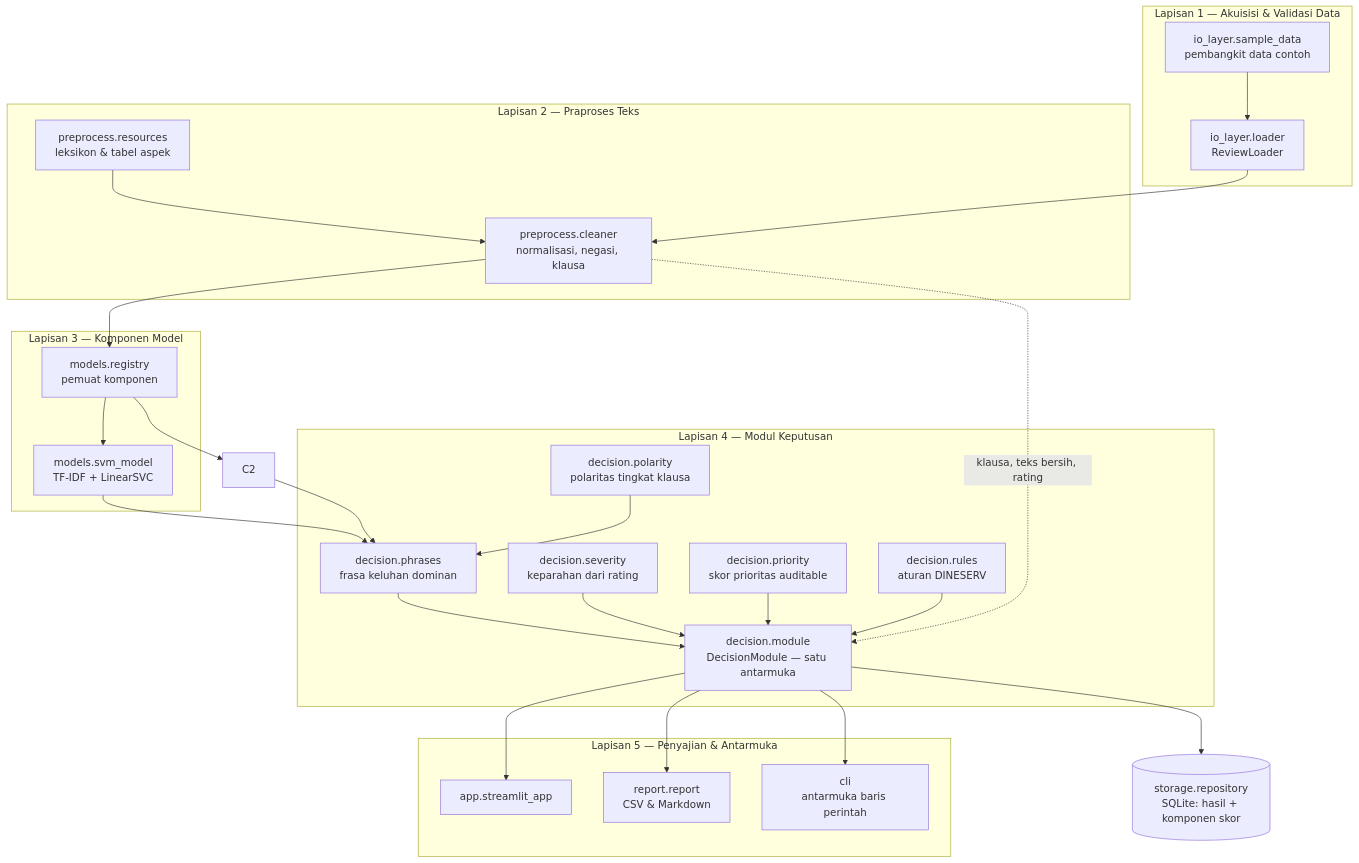
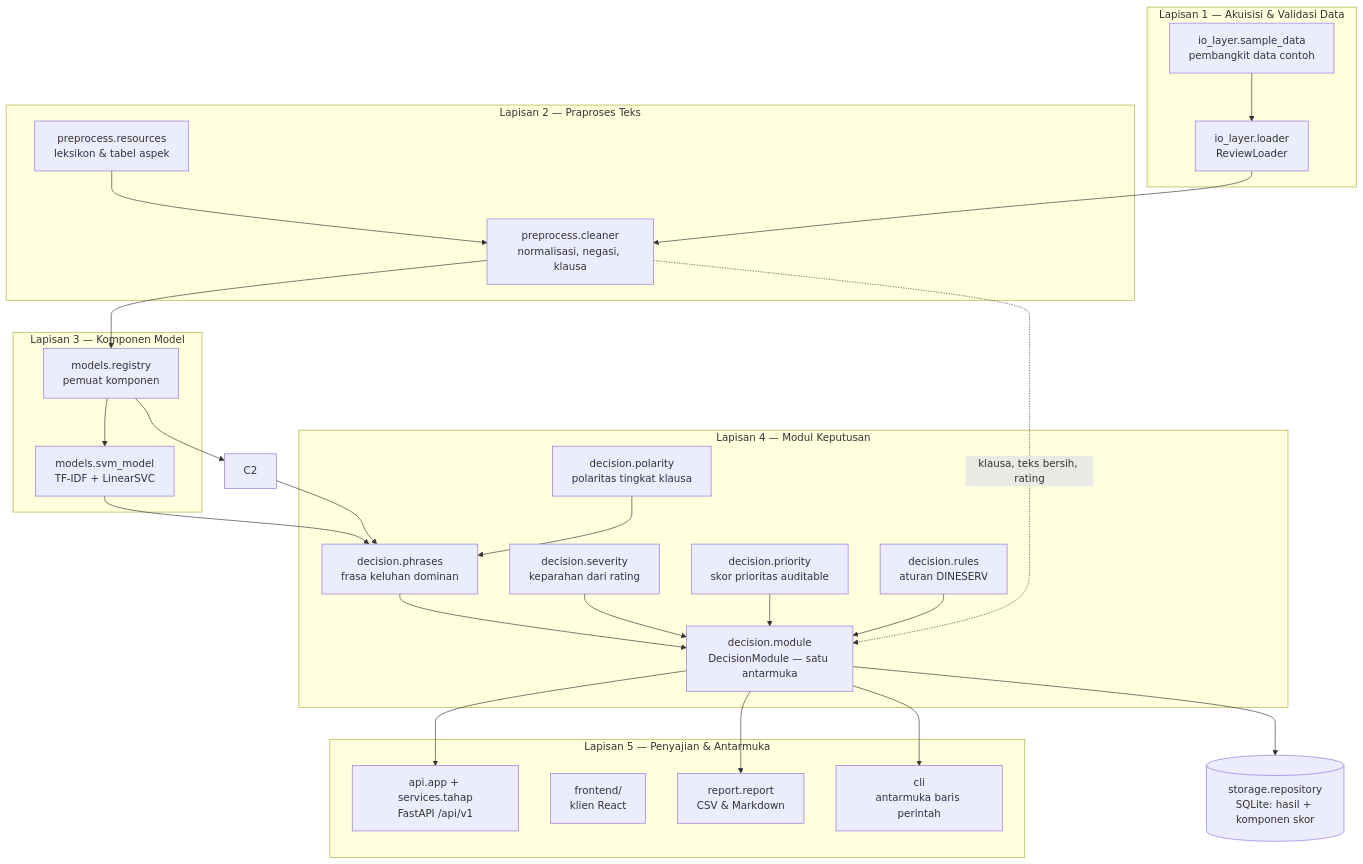
One commit to Badiii098/restaurant-review-analytics changed the first of 2 diagrams in docs/ARSITEKTUR.md. Above: the diagram before and after it, drawn with Mermaid. The commit also changed other lines of this file and 8 other files, not shown here.

````diff
--- a/docs/ARSITEKTUR.md
+++ b/docs/ARSITEKTUR.md
@@ -10,52 +10,53 @@
 ```mermaid
 flowchart TD
     subgraph L1["Lapisan 1 — Akuisisi & Validasi Data"]
         A1[io_layer.loader<br/>ReviewLoader]
         A2[io_layer.sample_data<br/>pembangkit data contoh]
     end
 
     subgraph L2["Lapisan 2 — Praproses Teks"]
         B1[preprocess.cleaner<br/>normalisasi, negasi, klausa]
         B2[preprocess.resources<br/>leksikon & tabel aspek]
     end
 
     subgraph L3["Lapisan 3 — Komponen Model"]
         C1[models.svm_model<br/>TF-IDF + LinearSVC]
         C3[models.registry<br/>pemuat komponen]
     end
 
     subgraph L4["Lapisan 4 — Modul Keputusan"]
         D1[decision.phrases<br/>frasa keluhan dominan]
         D2[decision.polarity<br/>polaritas tingkat klausa]
         D3[decision.severity<br/>keparahan dari rating]
         D4[decision.priority<br/>skor prioritas auditable]
         D5[decision.rules<br/>aturan DINESERV]
         D6[decision.module<br/>DecisionModule — satu antarmuka]
     end
 
     subgraph L5["Lapisan 5 — Penyajian & Antarmuka"]
-        E1[app.streamlit_app]
+        E1[api.app + services.tahap<br/>FastAPI /api/v1]
+        E4[frontend/<br/>klien React]
         E2[report.report<br/>CSV & Markdown]
         E3[cli<br/>antarmuka baris perintah]
     end
 
     S[(storage.repository<br/>SQLite: hasil + komponen skor)]
 
     A1 --> B1 --> C3
     A2 --> A1
     B2 --> B1
     C3 --> C1
     C3 --> C2
     C1 --> D1
     C2 --> D1
     B1 -. "klausa, teks bersih, rating" .-> D6
     D1 --> D6
     D2 --> D1
     D3 --> D6
     D4 --> D6
     D5 --> D6
     D6 --> E1
     D6 --> E2
     D6 --> E3
     D6 --> S
 ```
````
